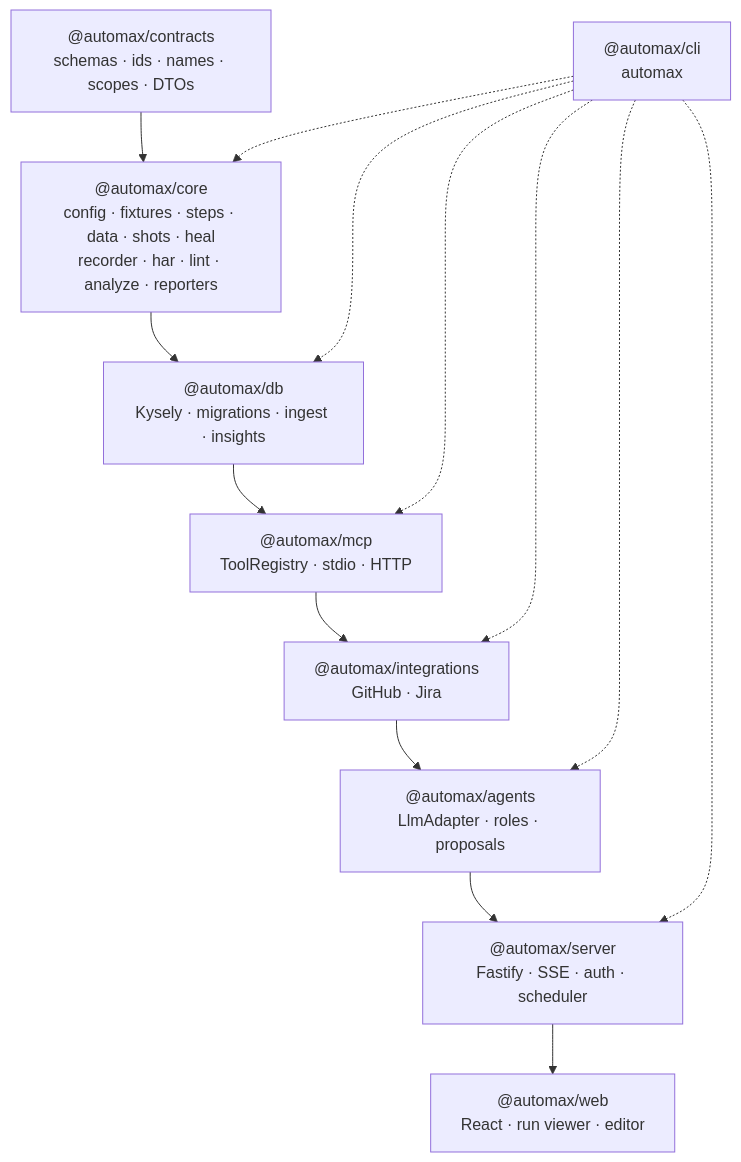
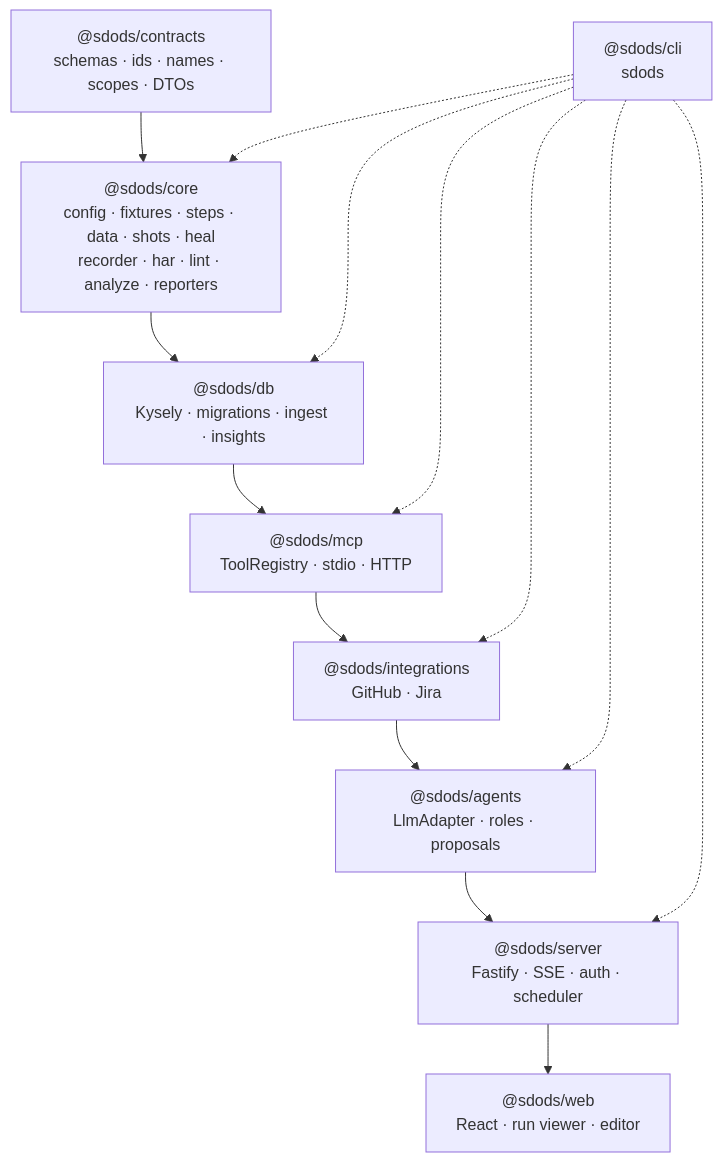
The second of 2 diagrams in README.md (YarlisAISolutions/SDODS), drawn with Mermaid before and after one commit. The commit also changed other lines of this file and 466 other files, not shown here.

First line of the commit message:
Rebrand to SDODS: packages, CLI, config, brand marks

````diff
--- a/README.md
+++ b/README.md
@@ -145,14 +168,14 @@
 ```mermaid
 flowchart TB
-  contracts["@automax/contracts<br/>schemas · ids · names · scopes · DTOs"]
-  core["@automax/core<br/>config · fixtures · steps · data · shots · heal<br/>recorder · har · lint · analyze · reporters"]
-  db["@automax/db<br/>Kysely · migrations · ingest · insights"]
-  mcp["@automax/mcp<br/>ToolRegistry · stdio · HTTP"]
-  integrations["@automax/integrations<br/>GitHub · Jira"]
-  agents["@automax/agents<br/>LlmAdapter · roles · proposals"]
-  server["@automax/server<br/>Fastify · SSE · auth · scheduler"]
-  web["@automax/web<br/>React · run viewer · editor"]
-  cli["@automax/cli<br/>automax"]
+  contracts["@sdods/contracts<br/>schemas · ids · names · scopes · DTOs"]
+  core["@sdods/core<br/>config · fixtures · steps · data · shots · heal<br/>recorder · har · lint · analyze · reporters"]
+  db["@sdods/db<br/>Kysely · migrations · ingest · insights"]
+  mcp["@sdods/mcp<br/>ToolRegistry · stdio · HTTP"]
+  integrations["@sdods/integrations<br/>GitHub · Jira"]
+  agents["@sdods/agents<br/>LlmAdapter · roles · proposals"]
+  server["@sdods/server<br/>Fastify · SSE · auth · scheduler"]
+  web["@sdods/web<br/>React · run viewer · editor"]
+  cli["@sdods/cli<br/>sdods"]
   contracts --> core --> db --> mcp --> integrations --> agents --> server --> web
   cli -.-> core & db & mcp & agents & integrations & server
 ```
````
